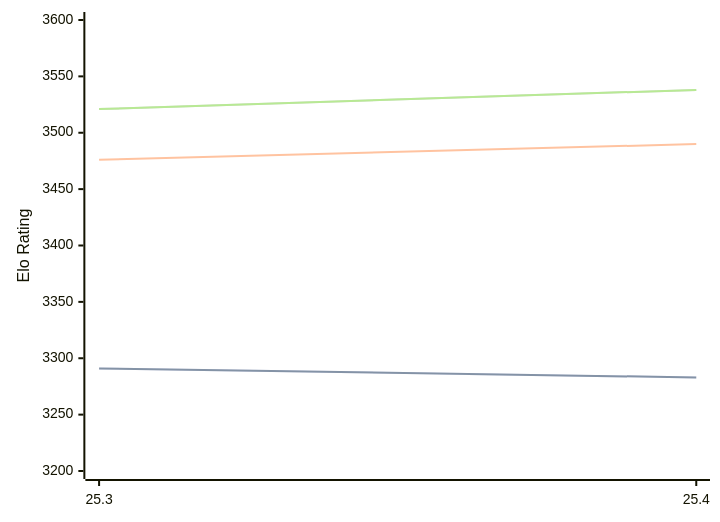
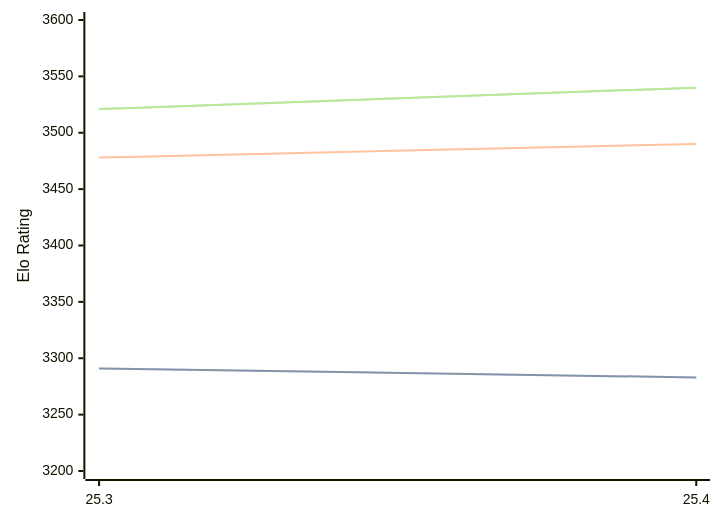
The diagram in engines/Arasan.md (computer-chess-index/cci), drawn with Mermaid before and after one commit. The commit also changed other lines of this file, not shown here.

Commit message:
Update CCI Ratings (ELO VLTC) - 2026-05-14

````diff
--- a/engines/Arasan.md
+++ b/engines/Arasan.md
@@ -33,11 +33,11 @@
 ```mermaid
 %%{init: {"theme":"base","themeVariables":{"seriesColors:['#a3a3a3','#222221','#faa371']}}}%%
 xychart-beta
   x-axis ["25.3", "25.4"]
   y-axis "Elo Rating" 3200 --> 3600
   line "STC (8.0+0.08s)" [3291, 3283]
   line "STC (8.0+0.08s)" [3291, 3283]
-  line "LTC (60.0+0.60s)" [3476, 3490]
-  line "VLTC (2m24s+1.12s)" [3521, 3538]
-  line "VLTC (2m24s+1.12s)" [3521, 3538]
+  line "LTC (60.0+0.60s)" [3478, 3490]
+  line "VLTC (2m24s+1.12s)" [3521, 3540]
+  line "VLTC (2m24s+1.12s)" [3521, 3540]
 ```
````
